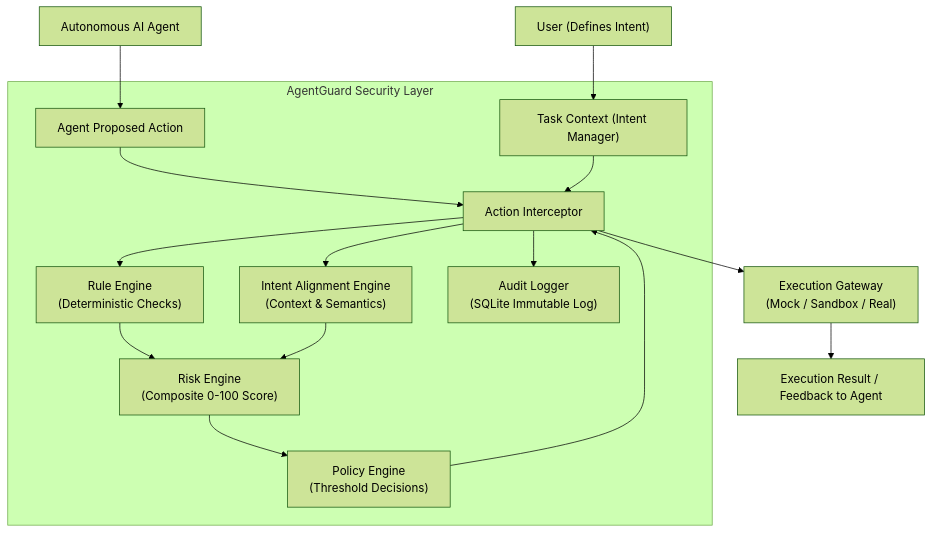
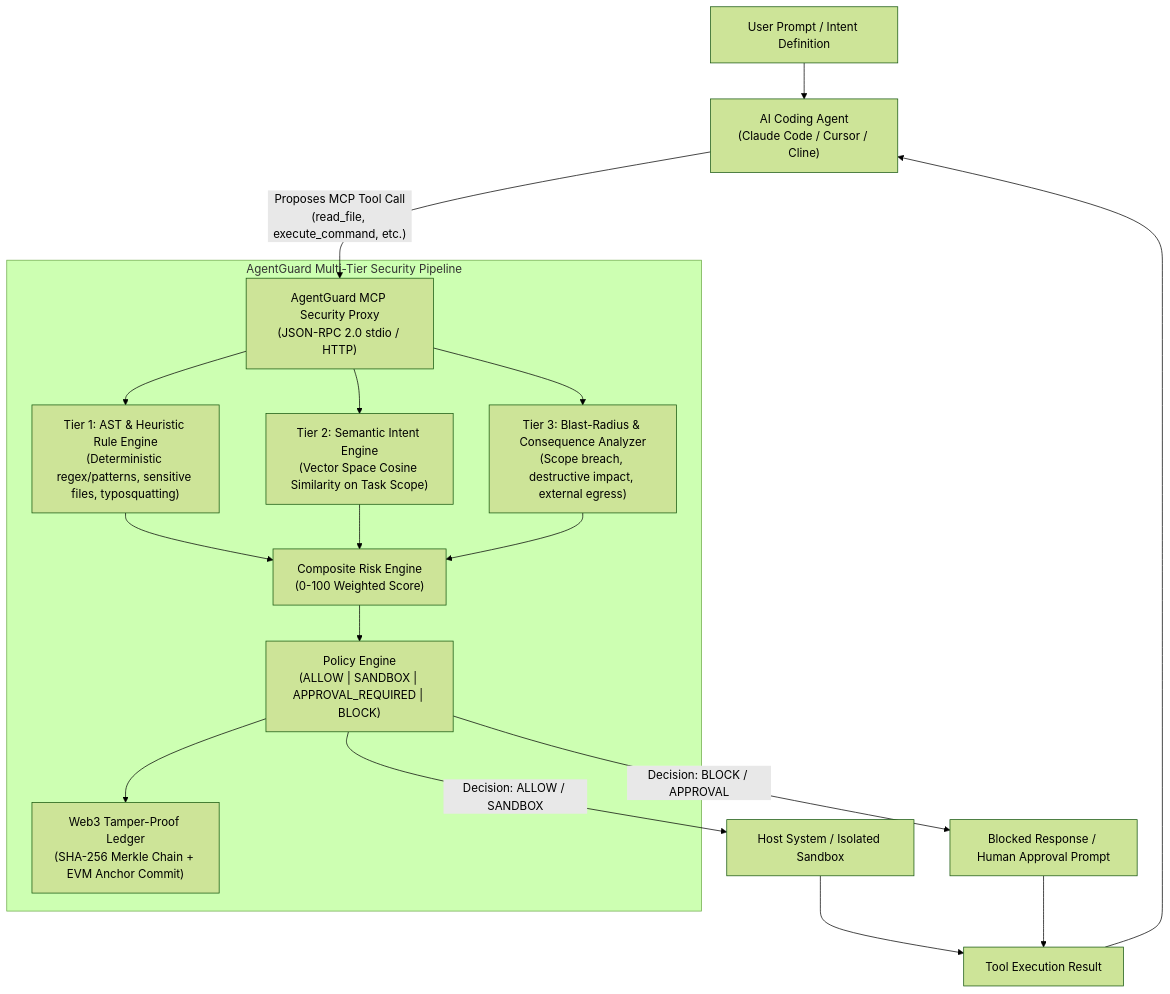
One commit to kshitij2901/agentguard changed the diagram in docs/architecture.md. Above: the diagram before and after it, drawn with Mermaid (forest theme). The commit also changed other lines of this file and 32 other files, not shown here.

Commit message:
feat: MCP Security Proxy, Multi-Tier Intent Engine, Web3 Ledger, and 5 Hackathon Demos

````diff
--- a/docs/architecture.md
+++ b/docs/architecture.md
@@ -25,27 +30,29 @@
 ```mermaid
 flowchart TD
-    User["User (Defines Intent)"] --> Task["Task Context (Intent Manager)"]
-    Agent["Autonomous AI Agent"] --> Action["Agent Proposed Action"]
-    
-    subgraph AgentGuard ["AgentGuard Security Layer"]
-        Interceptor["Action Interceptor"]
-        RuleEngine["Rule Engine\n(Deterministic Checks)"]
-        IntentEngine["Intent Alignment Engine\n(Context & Semantics)"]
-        RiskEngine["Risk Engine\n(Composite 0-100 Score)"]
-        PolicyEngine["Policy Engine\n(Threshold Decisions)"]
-        AuditLog["Audit Logger\n(SQLite Immutable Log)"]
-        
-        Action --> Interceptor
-        Task --> Interceptor
-        Interceptor --> RuleEngine
-        Interceptor --> IntentEngine
-        RuleEngine --> RiskEngine
-        IntentEngine --> RiskEngine
+    UserPrompt["User Prompt / Intent Definition"] --> AI["AI Coding Agent\n(Claude Code / Cursor / Cline)"]
+    AI -->|"Proposes MCP Tool Call\n(read_file, execute_command, etc.)"| MCPProxy["AgentGuard MCP Security Proxy\n(JSON-RPC 2.0 stdio / HTTP)"]
+
+    subgraph Pipeline ["AgentGuard Multi-Tier Security Pipeline"]
+        Tier1["Tier 1: AST & Heuristic Rule Engine\n(Deterministic regex/patterns, sensitive files, typosquatting)"]
+        Tier2["Tier 2: Semantic Intent Engine\n(Vector Space Cosine Similarity on Task Scope)"]
+        Tier3["Tier 3: Blast-Radius & Consequence Analyzer\n(Scope breach, destructive impact, external egress)"]
+        RiskEngine["Composite Risk Engine\n(0-100 Weighted Score)"]
+        PolicyEngine["Policy Engine\n(ALLOW | SANDBOX | APPROVAL_REQUIRED | BLOCK)"]
+        Web3Ledger["Web3 Tamper-Proof Ledger\n(SHA-256 Merkle Chain + EVM Anchor Commit)"]
+
+        MCPProxy --> Tier1
+        MCPProxy --> Tier2
+        MCPProxy --> Tier3
+        Tier1 --> RiskEngine
+        Tier2 --> RiskEngine
+        Tier3 --> RiskEngine
         RiskEngine --> PolicyEngine
-        PolicyEngine --> Interceptor
-        Interceptor --> AuditLog
+        PolicyEngine --> Web3Ledger
     end
-    
-    Interceptor --> Gateway["Execution Gateway\n(Mock / Sandbox / Real)"]
-    Gateway --> Output["Execution Result / Feedback to Agent"]
+
+    PolicyEngine -->|"Decision: ALLOW / SANDBOX"| Execution["Host System / Isolated Sandbox"]
+    PolicyEngine -->|"Decision: BLOCK / APPROVAL"| BlockNotice["Blocked Response / Human Approval Prompt"]
+    Execution --> Output["Tool Execution Result"]
+    BlockNotice --> Output
+    Output --> AI
 ```
````
